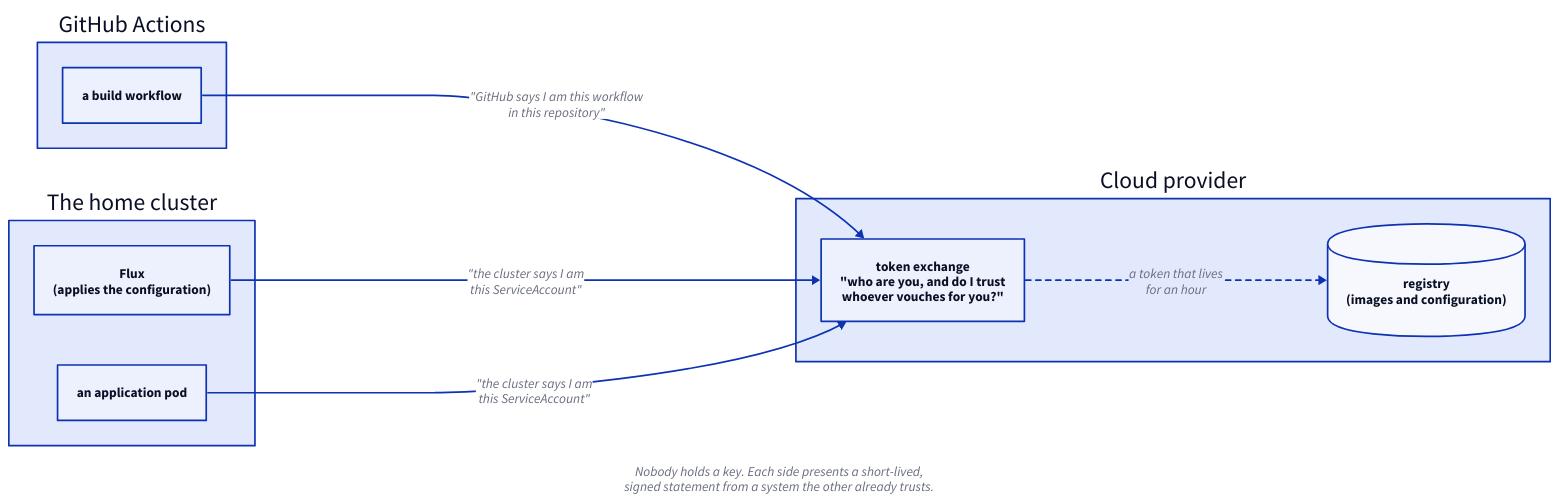
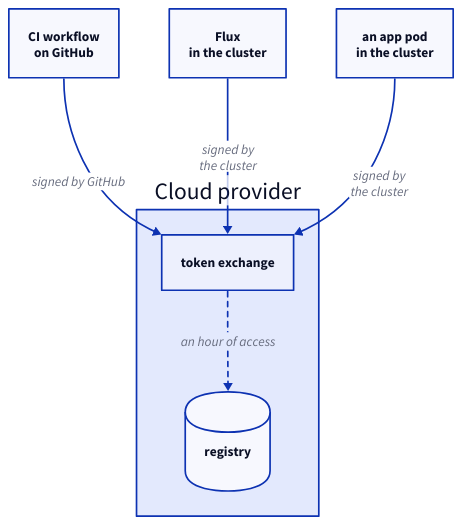
The diagram in src/diagrams/secret-free-overview.d2 (dlouwers/dlouwers.github.io), drawn with D2 before and after one commit. The commit also changed 6 other files, not shown here.

First line of the commit message:
Draft: write the opening section; resize the diagrams

```diff
--- a/src/diagrams/secret-free-overview.d2
+++ b/src/diagrams/secret-free-overview.d2
@@ -1,30 +1,19 @@
-direction: right
+direction: down
 
-gh: "GitHub Actions" {
-  ci: "a build workflow"
-}
+ci: "CI workflow\non GitHub"
+flux: "Flux\nin the cluster"
+pod: "an app pod\nin the cluster"
 
-home: "The home cluster" {
-  flux: "Flux\n(applies the configuration)"
-  pod: "an application pod"
-}
-
-google: "Cloud provider" {
-  sts: "token exchange\n\"who are you, and do I trust\nwhoever vouches for you?\""
-  reg: "registry\n(images and configuration)" {
+cloud: "Cloud provider" {
+  sts: "token exchange"
+  reg: "registry" {
     shape: cylinder
+  }
+  sts -> reg: "an hour of access" {
+    style.stroke-dash: 3
   }
 }
 
-gh.ci -> google.sts: "\"GitHub says I am this workflow\nin this repository\""
-home.flux -> google.sts: "\"the cluster says I am\nthis ServiceAccount\""
-home.pod -> google.sts: "\"the cluster says I am\nthis ServiceAccount\""
-google.sts -> google.reg: "a token that lives\nfor an hour" {
-  style.stroke-dash: 3
-}
-
-note: "Nobody holds a key. Each side presents a short-lived,\nsigned statement from a system the other already trusts." {
-  shape: text
-  near: bottom-center
-  style.italic: true
-}
+ci -> cloud.sts: "signed by GitHub"
+flux -> cloud.sts: "signed by\nthe cluster"
+pod -> cloud.sts: "signed by\nthe cluster"
```
